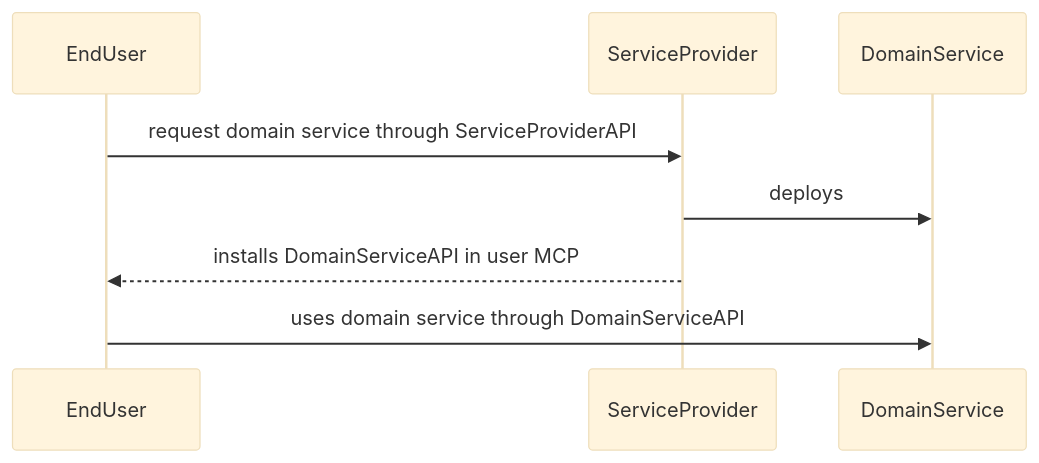
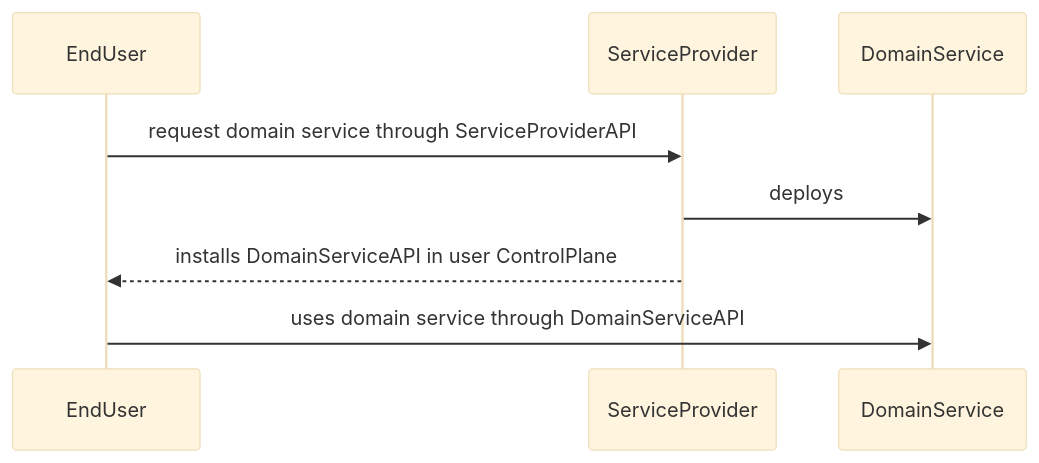
The second of 7 diagrams in docs/developers/serviceprovider/01-design.mdx (openmcp-project/docs), drawn with Mermaid (base theme) before and after one commit. The commit also changed other lines of this file and 29 other files, not shown here.

First line of the commit message:
docs: rename MCP/ManagedControlPlane to ControlPlane (#119)

````diff
--- a/docs/developers/serviceprovider/01-design.mdx
+++ b/docs/developers/serviceprovider/01-design.mdx
@@ -66,13 +66,13 @@
 ```mermaid
 sequenceDiagram
     %% participants
     participant usr as EndUser
     participant sp as ServiceProvider
     participant ds as DomainService
 
     %% messages
     usr->>sp: request domain service through ServiceProviderAPI
     sp->>ds: deploys
-    sp-->>usr: installs DomainServiceAPI in user MCP
+    sp-->>usr: installs DomainServiceAPI in user ControlPlane
     usr->>ds: uses domain service through DomainServiceAPI
 ```
````
